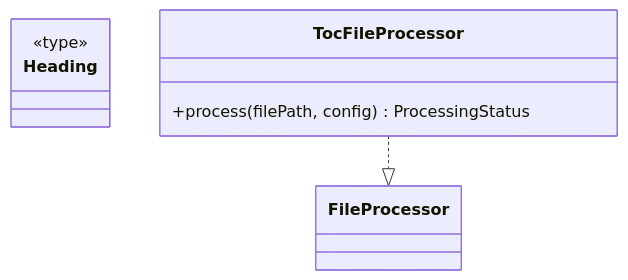
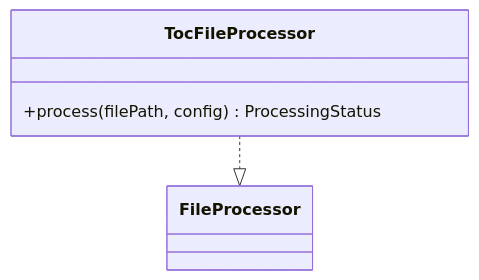
Before and after one commit to doikayt/build-tools: the third of 3 diagrams in javascript/update-markdown-toc/docs/CONTRIBUTING.md, drawn with Mermaid. The commit also changed 8 other files, not shown here.

````diff
--- a/javascript/update-markdown-toc/docs/CONTRIBUTING.md
+++ b/javascript/update-markdown-toc/docs/CONTRIBUTING.md
@@ -66,12 +66,9 @@
 ```mermaid
 classDiagram
   direction TB
-  class Heading {
-    <<type>>
-  }
   class TocFileProcessor {
     +process(filePath, config) ProcessingStatus
   }
 
   TocFileProcessor ..|> FileProcessor
 ```
````
